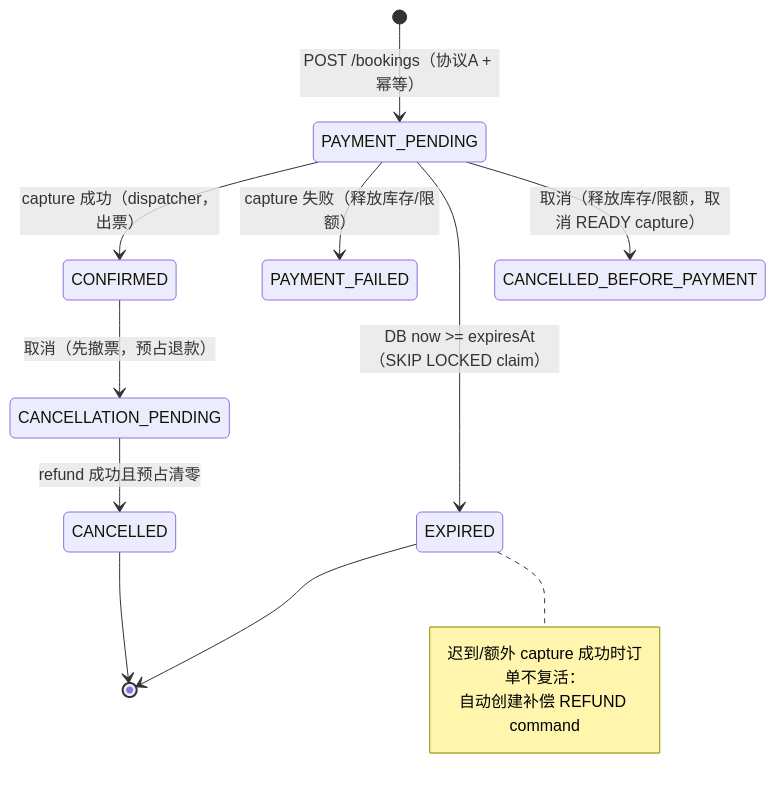
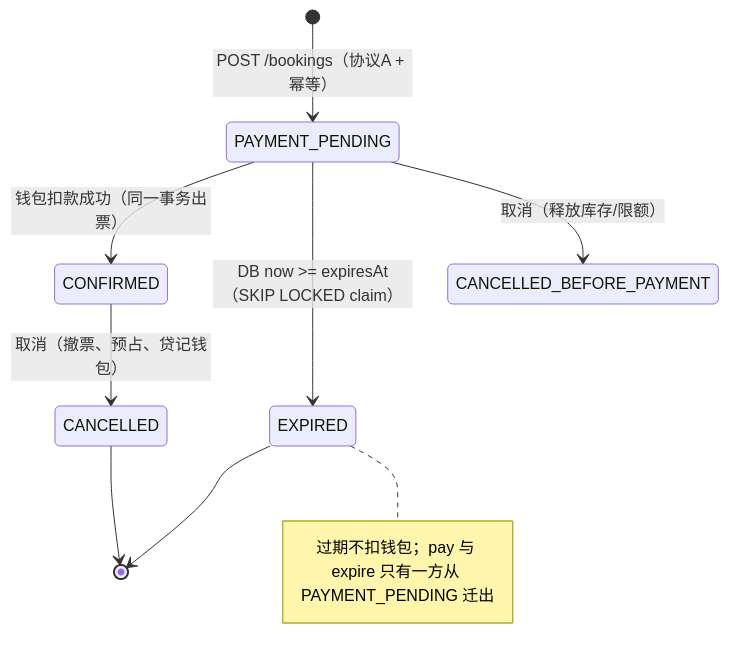
Before and after one commit to kaiwenyao/eventpulse: the third of 6 diagrams in docs/architecture.md, drawn with Mermaid. The commit also changed other lines of this file and 41 other files, not shown here.

````diff
--- a/docs/architecture.md
+++ b/docs/architecture.md
@@ -60,16 +59,13 @@
 ```mermaid
 stateDiagram-v2
     [*] --> PAYMENT_PENDING : POST /bookings（协议A + 幂等）
-    PAYMENT_PENDING --> CONFIRMED : capture 成功（dispatcher，出票）
-    PAYMENT_PENDING --> PAYMENT_FAILED : capture 失败（释放库存/限额）
+    PAYMENT_PENDING --> CONFIRMED : 钱包扣款成功（同一事务出票）
     PAYMENT_PENDING --> EXPIRED : DB now >= expiresAt（SKIP LOCKED claim）
-    PAYMENT_PENDING --> CANCELLED_BEFORE_PAYMENT : 取消（释放库存/限额，取消 READY capture）
-    CONFIRMED --> CANCELLATION_PENDING : 取消（先撤票，预占退款）
-    CANCELLATION_PENDING --> CANCELLED : refund 成功且预占清零
+    PAYMENT_PENDING --> CANCELLED_BEFORE_PAYMENT : 取消（释放库存/限额）
+    CONFIRMED --> CANCELLED : 取消（撤票、预占、贷记钱包）
     EXPIRED --> [*]
     CANCELLED --> [*]
     note right of EXPIRED
-        迟到/额外 capture 成功时订单不复活：
-        自动创建补偿 REFUND command
+        过期不扣钱包；pay 与 expire 只有一方从 PAYMENT_PENDING 迁出
     end note
 ```
````
